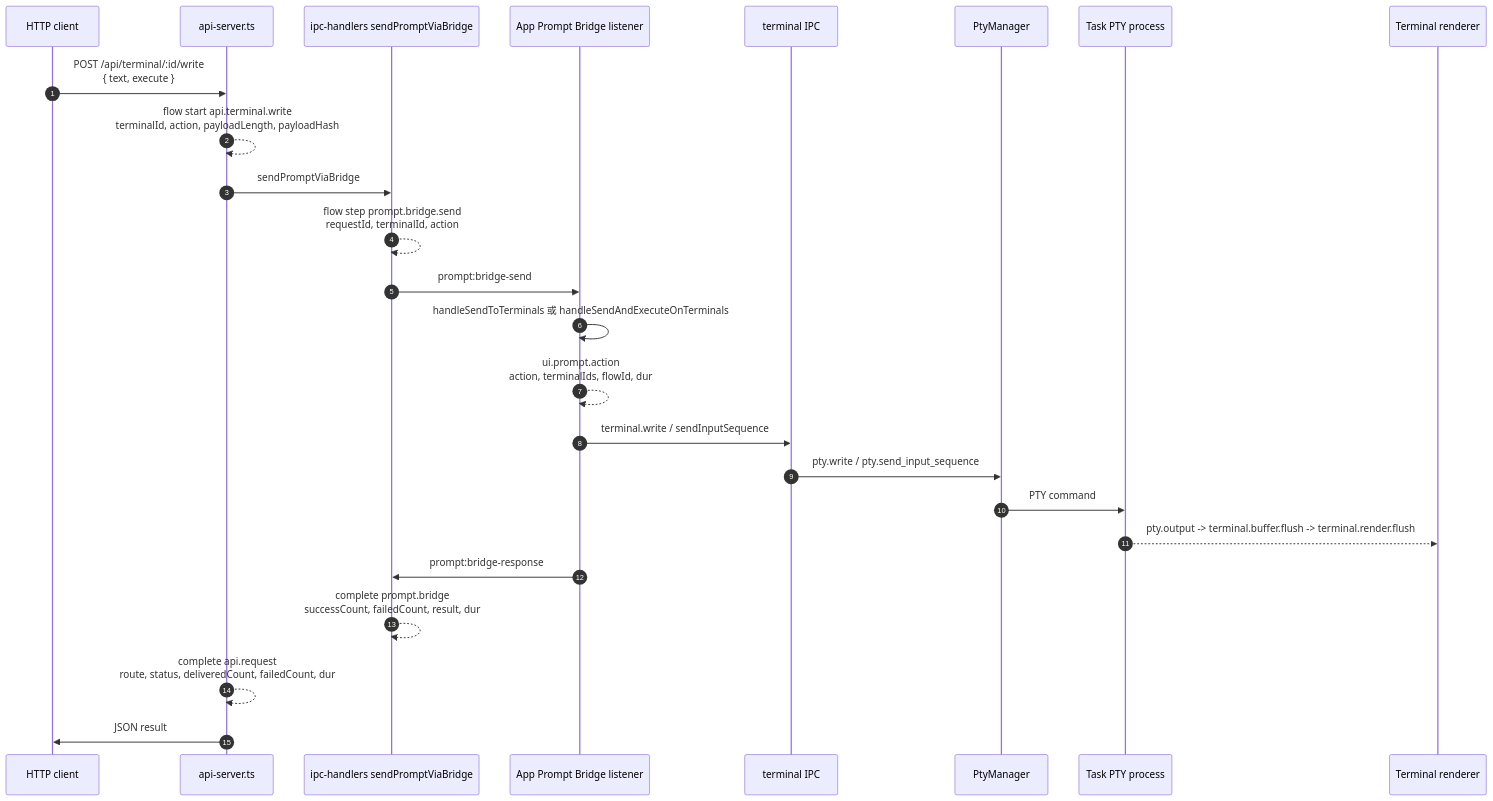
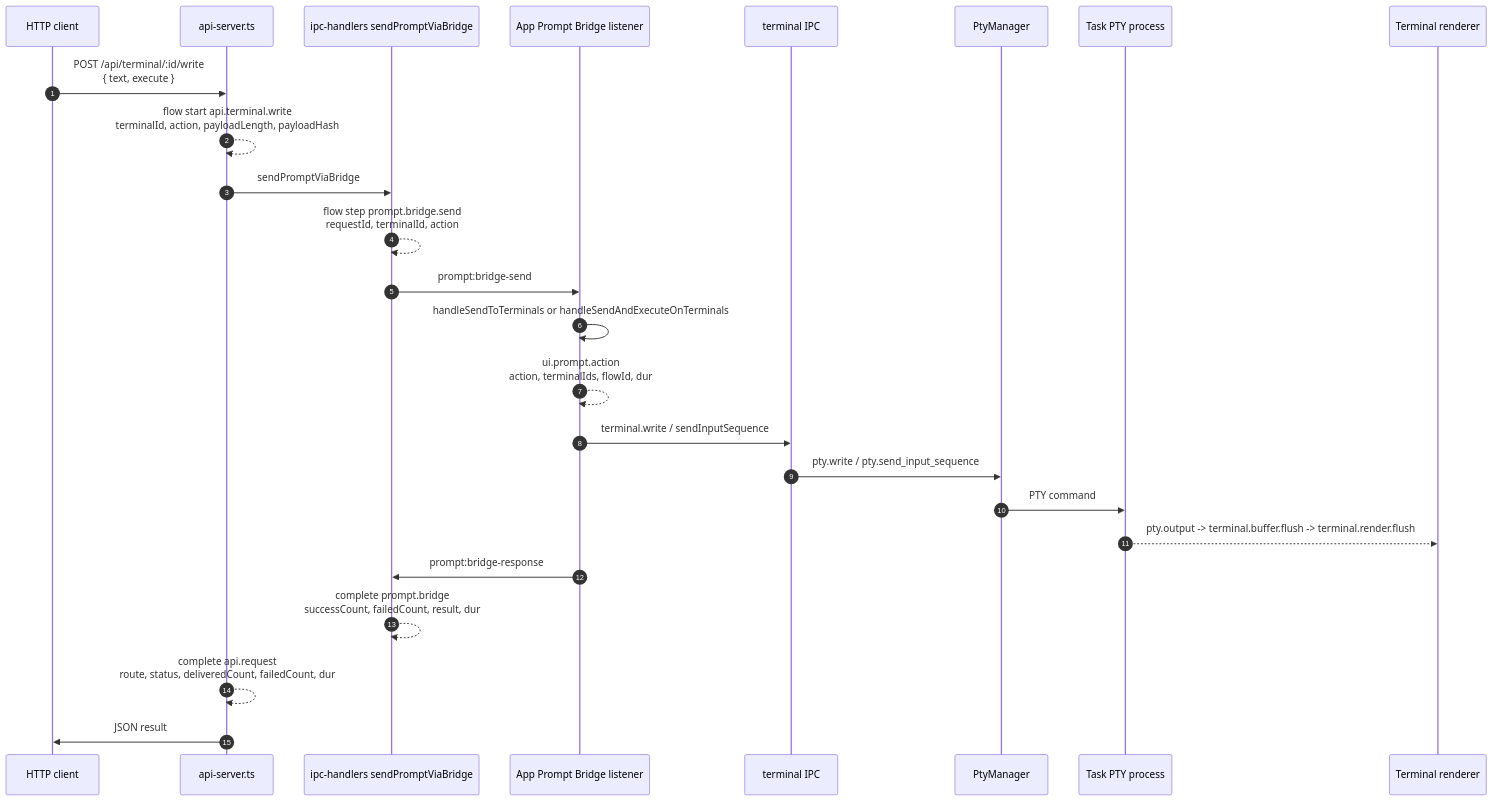
Before and after one commit to shadowwingz/Onward-Agent-Workbench: the fifth of 12 diagrams in docs/performance-trace-mermaid.md, drawn with Mermaid. The commit also changed other lines of this file and 10 other files, not shown here.

````diff
--- a/docs/performance-trace-mermaid.md
+++ b/docs/performance-trace-mermaid.md
@@ -194,30 +208,30 @@
 ```mermaid
 sequenceDiagram
   autonumber
   participant Client as HTTP client
   participant API as api-server.ts
   participant Main as ipc-handlers sendPromptViaBridge
   participant Renderer as App Prompt Bridge listener
   participant IPC as terminal IPC
   participant PTY as PtyManager
   participant Proc as Task PTY process
   participant Terminal as Terminal renderer
 
   Client->>API: POST /api/terminal/:id/write<br/>{ text, execute }
   API-->>API: flow start api.terminal.write<br/>terminalId, action, payloadLength, payloadHash
   API->>Main: sendPromptViaBridge
   Main-->>Main: flow step prompt.bridge.send<br/>requestId, terminalId, action
   Main->>Renderer: prompt:bridge-send
 
-  Renderer->>Renderer: handleSendToTerminals 或 handleSendAndExecuteOnTerminals
+  Renderer->>Renderer: handleSendToTerminals or handleSendAndExecuteOnTerminals
   Renderer-->>Renderer: ui.prompt.action<br/>action, terminalIds, flowId, dur
   Renderer->>IPC: terminal.write / sendInputSequence
   IPC->>PTY: pty.write / pty.send_input_sequence
   PTY->>Proc: PTY command
   Proc-->>Terminal: pty.output -> terminal.buffer.flush -> terminal.render.flush
 
   Renderer->>Main: prompt:bridge-response
   Main-->>Main: complete prompt.bridge<br/>successCount, failedCount, result, dur
   API-->>API: complete api.request<br/>route, status, deliveredCount, failedCount, dur
   API->>Client: JSON result
 ```
````
